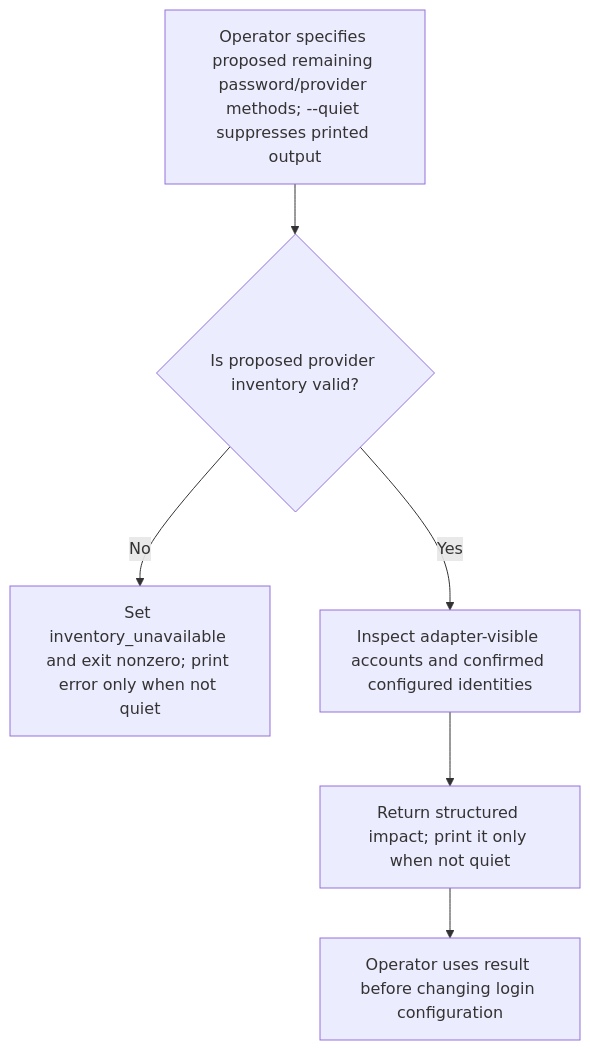
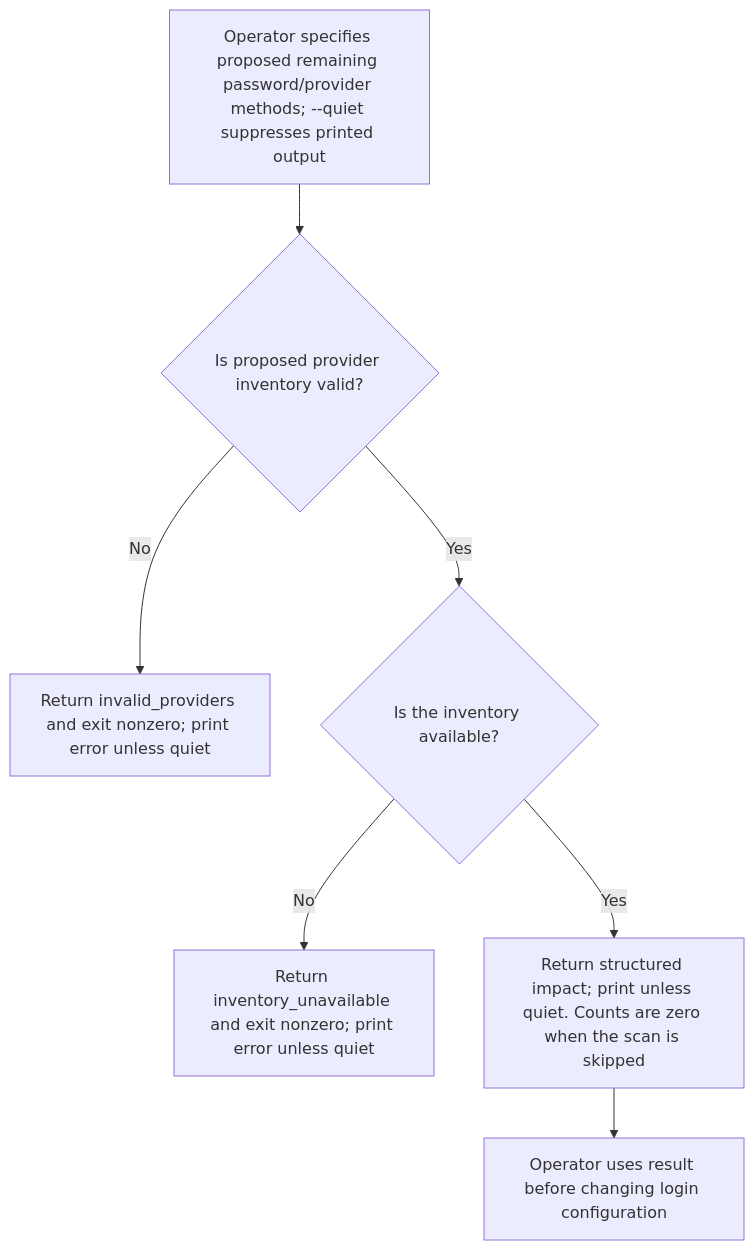
Before and after one commit to Kevinjohn/oss-adonisjs-account-kit: the first of 2 diagrams in user-stories/US-ACCOUNT-44-check-login-retirement-impact.md, drawn with Mermaid. The commit also changed other lines of this file and 70 other files, not shown here.

````diff
--- a/user-stories/US-ACCOUNT-44-check-login-retirement-impact.md
+++ b/user-stories/US-ACCOUNT-44-check-login-retirement-impact.md
@@ -19,8 +19,9 @@
 ```mermaid
 flowchart TD
  A["Operator specifies proposed remaining password/provider methods; --quiet suppresses printed output"] --> B{"Is proposed provider inventory valid?"}
- B -->|No| C["Set inventory_unavailable and exit nonzero; print error only when not quiet"]
- B -->|Yes| D["Inspect adapter-visible accounts and confirmed configured identities"]
- D --> E["Return structured impact; print it only when not quiet"]
+ B -->|No| C["Return invalid_providers and exit nonzero; print error unless quiet"]
+ B -->|Yes| D{"Is the inventory available?"}
+ D -->|No| H["Return inventory_unavailable and exit nonzero; print error unless quiet"]
+ D -->|Yes| E["Return structured impact; print unless quiet. Counts are zero when the scan is skipped"]
  E --> F["Operator uses result before changing login configuration"]
 ```
````
